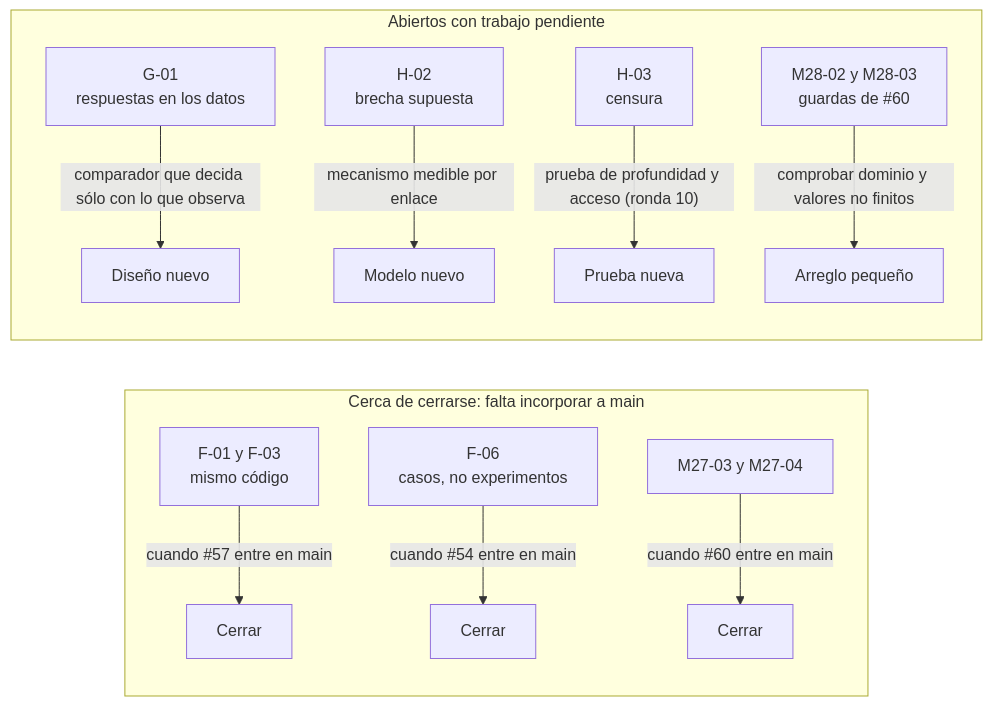
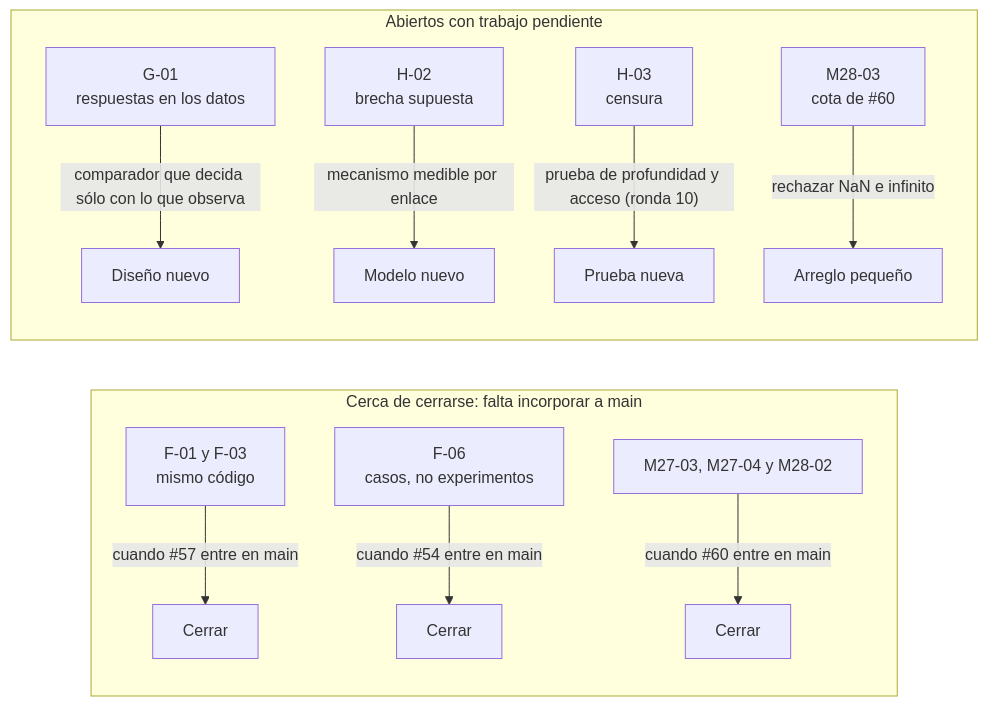
Before and after one commit to dakleyer/structural-awareness-contributions: the third of 3 diagrams in research/ecosystem-awareness/baseline/01I-artifacts/acc-auxiliary-model-v0.1/review/incremental-audit-2026-10-26/GUIA_DE_LECTURA.md, drawn with Mermaid. The commit also changed other lines of this file and 5 other files, not shown here.

````diff
--- a/research/ecosystem-awareness/baseline/01I-artifacts/acc-auxiliary-model-v0.1/review/incremental-audit-2026-10-26/GUIA_DE_LECTURA.md
+++ b/research/ecosystem-awareness/baseline/01I-artifacts/acc-auxiliary-model-v0.1/review/incremental-audit-2026-10-26/GUIA_DE_LECTURA.md
@@ -172,14 +172,14 @@
 ```mermaid
 flowchart LR
   subgraph cerca["Cerca de cerrarse: falta incorporar a main"]
     F01["F-01 y F-03<br/>mismo código"] -->|"cuando #57 entre en main"| C1["Cerrar"]
     F06["F-06<br/>casos, no experimentos"] -->|"cuando #54 entre en main"| C2["Cerrar"]
-    M273["M27-03 y M27-04"] -->|"cuando #60 entre en main"| C3["Cerrar"]
+    M273["M27-03, M27-04 y M28-02"] -->|"cuando #60 entre en main"| C3["Cerrar"]
   end
   subgraph abierto["Abiertos con trabajo pendiente"]
     G01["G-01<br/>respuestas en los datos"] -->|"comparador que decida sólo con lo que observa"| W1["Diseño nuevo"]
     H02["H-02<br/>brecha supuesta"] -->|"mecanismo medible por enlace"| W2["Modelo nuevo"]
     H03["H-03<br/>censura"] -->|"prueba de profundidad y acceso (ronda 10)"| W3["Prueba nueva"]
-    M2802["M28-02 y M28-03<br/>guardas de #60"] -->|"comprobar dominio y valores no finitos"| W4["Arreglo pequeño"]
+    M2803["M28-03<br/>cota de #60"] -->|"rechazar NaN e infinito"| W4["Arreglo pequeño"]
   end
 ```
````
